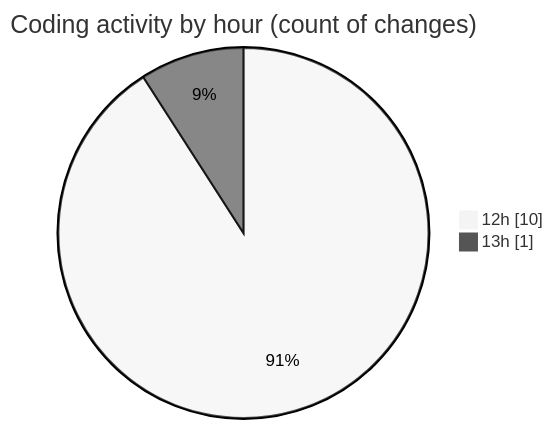
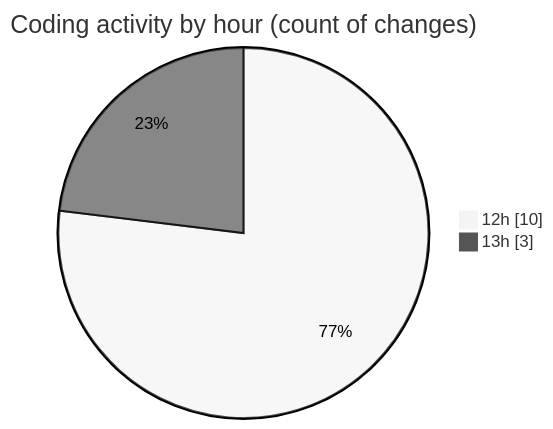
One commit to robertbonfada/code-tracking changed the second of 2 diagrams in 2025-03-04/simulador-serial/README.md. Above: the diagram before and after it, drawn with Mermaid (neutral theme). The commit also changed other lines of this file and 1 other file, not shown here.

````diff
--- a/2025-03-04/simulador-serial/README.md
+++ b/2025-03-04/simulador-serial/README.md
@@ -32,6 +32,6 @@
 ```mermaid
 pie showData
 title Coding activity by hour (count of changes)
 "12h" : 10
-"13h" : 1
+"13h" : 3
 ```
````
